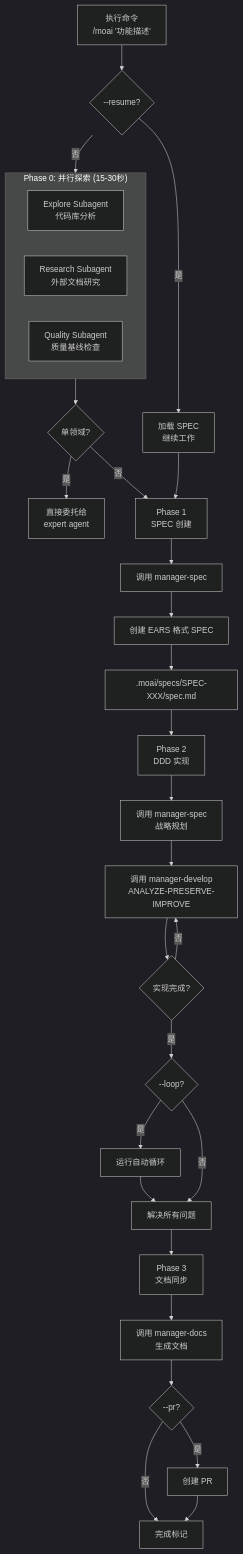
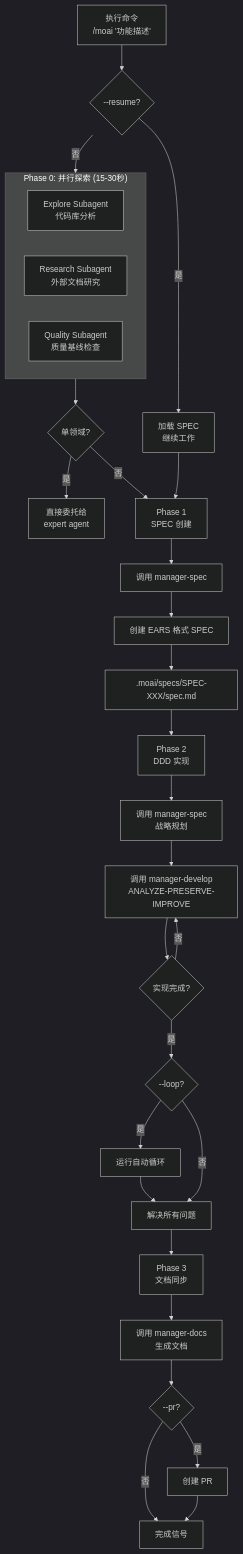
One commit to modu-ai/moai-adk changed the diagram in docs-site/content/zh/utility-commands/moai.md. Above: the diagram before and after it, drawn with Mermaid (dark theme). The commit also changed other lines of this file and 17 other files, not shown here.

````diff
--- a/docs-site/content/zh/utility-commands/moai.md
+++ b/docs-site/content/zh/utility-commands/moai.md
@@ -152,41 +152,41 @@
 ```mermaid
 flowchart TD
     A["执行命令<br/>/moai '功能描述'"] --> B{--resume?}
     B -->|是| C["加载 SPEC<br/>继续工作"]
     B -->|否| D["Phase 0<br/>并行探索"]
 
     subgraph D["Phase 0: 并行探索 (15-30秒)"]
         D1["Explore Subagent<br/>代码库分析"]
         D2["Research Subagent<br/>外部文档研究"]
         D3["Quality Subagent<br/>质量基线检查"]
     end
 
     D --> E{"单领域?"}
     E -->|是| F["直接委托给<br/>expert agent"]
     E -->|否| G["继续 Phase 1"]
 
     C --> G["Phase 1<br/>SPEC 创建"]
     G --> H["调用 manager-spec"]
     H --> I["创建 EARS 格式 SPEC"]
     I --> J[".moai/specs/SPEC-XXX/spec.md"]
 
     J --> K["Phase 2<br/>DDD 实现"]
 
     K --> L["调用 manager-spec<br/>战略规划"]
     L --> M["调用 manager-develop<br/>ANALYZE-PRESERVE-IMPROVE"]
     M --> N{"实现完成?"}
     N -->|否| M
     N -->|是| O{"--loop?"}
 
     O -->|是| P["运行自动循环"]
     P --> Q["解决所有问题"]
     O -->|否| Q
 
     Q --> R["Phase 3<br/>文档同步"]
 
     R --> S["调用 manager-docs<br/>生成文档"]
     S --> T{"--pr?"}
     T -->|是| U["创建 PR"]
-    T -->|否| V["完成标记"]
+    T -->|否| V["完成信号"]
     U --> V
 ```
````
